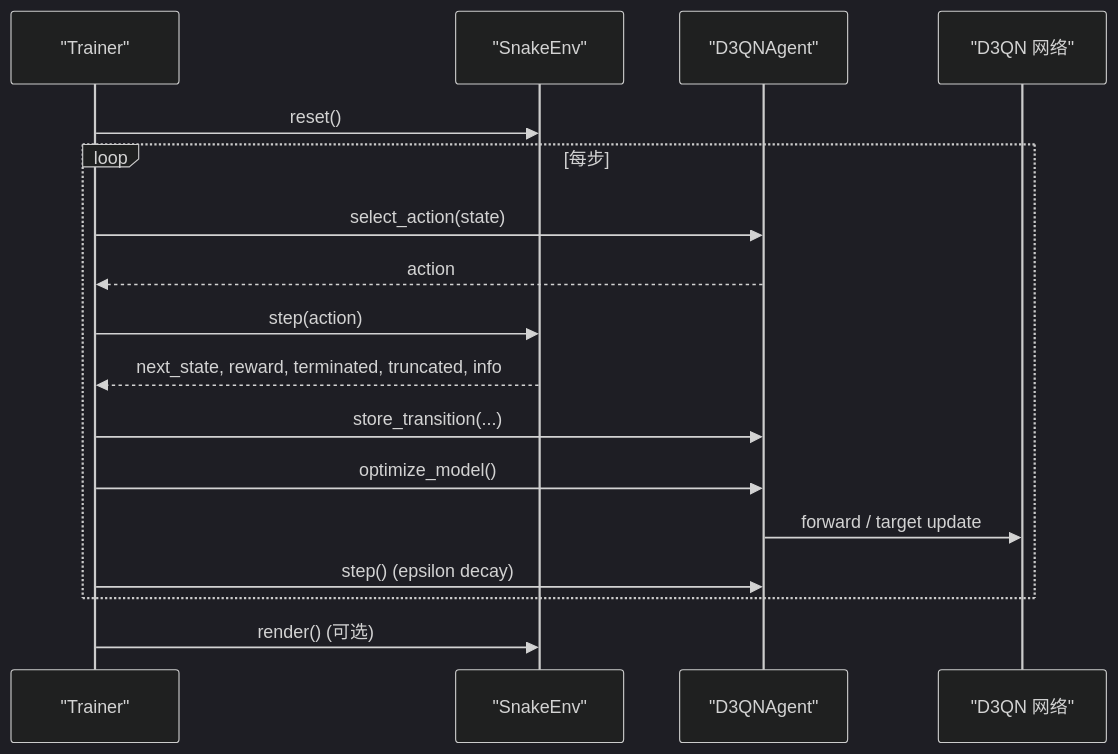
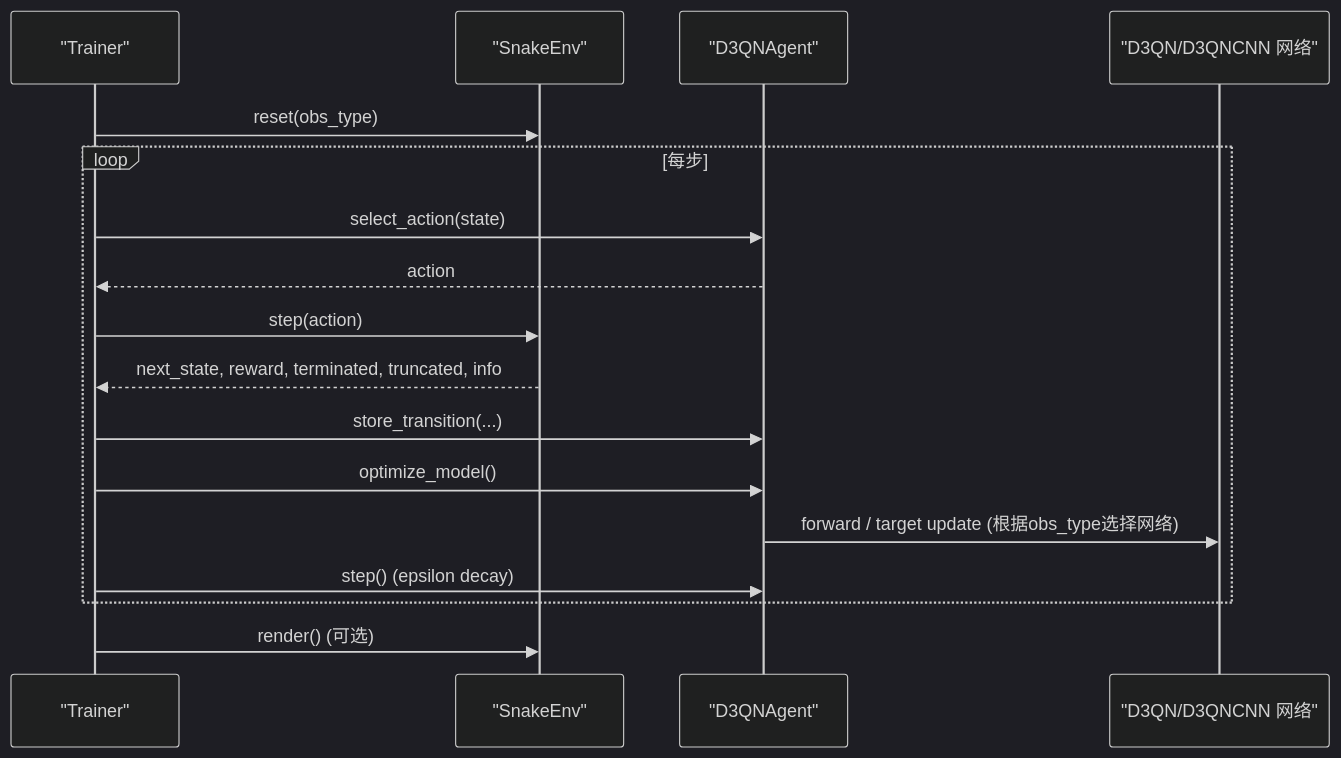
Before and after one commit to fuweiq94-cloud/3399180760000: the second of 4 diagrams in .qoder/repowiki/zh/content/贪吃蛇游戏环境.md, drawn with Mermaid (dark theme). The commit also changed other lines of this file and 75 other files, not shown here.

````diff
--- a/.qoder/repowiki/zh/content/贪吃蛇游戏环境.md
+++ b/.qoder/repowiki/zh/content/贪吃蛇游戏环境.md
@@ -81,19 +83,19 @@
 ```mermaid
 sequenceDiagram
 participant T as "Trainer"
 participant E as "SnakeEnv"
 participant A as "D3QNAgent"
-participant N as "D3QN 网络"
-T->>E : reset()
+participant N as "D3QN/D3QNCNN 网络"
+T->>E : reset(obs_type)
 loop 每步
 T->>A : select_action(state)
 A-->>T : action
 T->>E : step(action)
 E-->>T : next_state, reward, terminated, truncated, info
 T->>A : store_transition(...)
 T->>A : optimize_model()
-A->>N : forward / target update
+A->>N : forward / target update (根据obs_type选择网络)
 T->>A : step() (epsilon decay)
 end
 T->>E : render() (可选)
 ```
````
